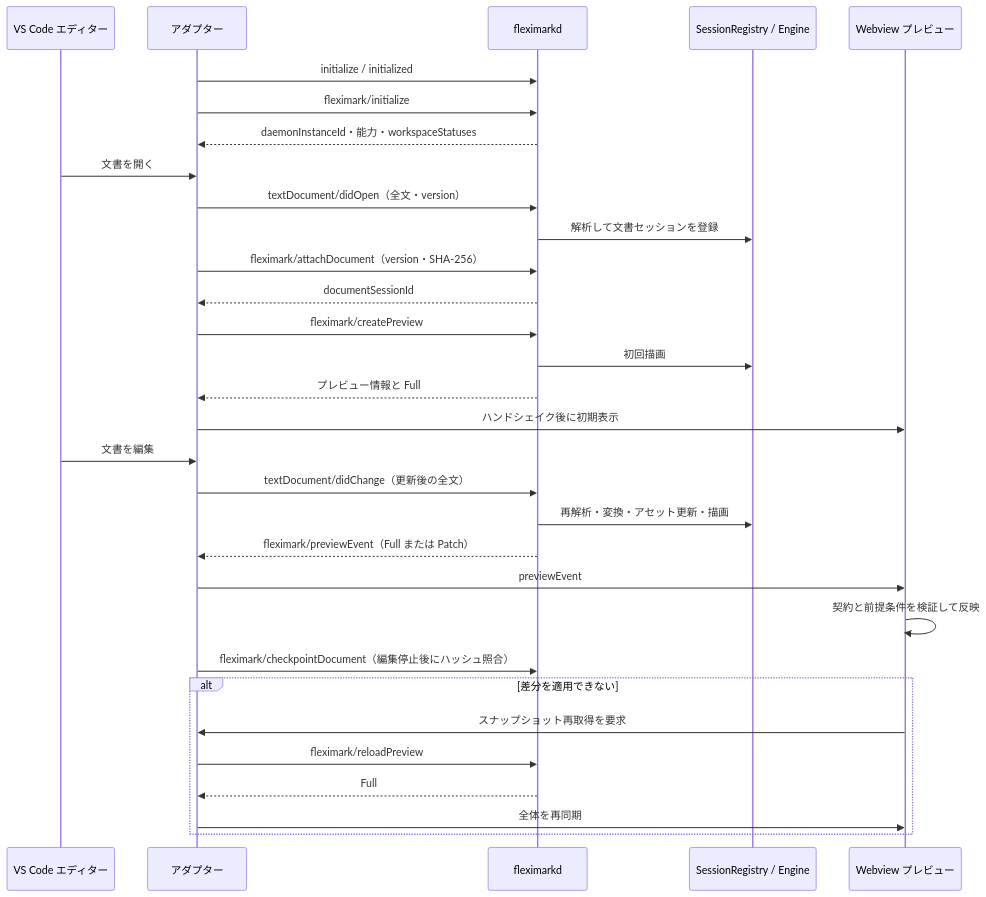
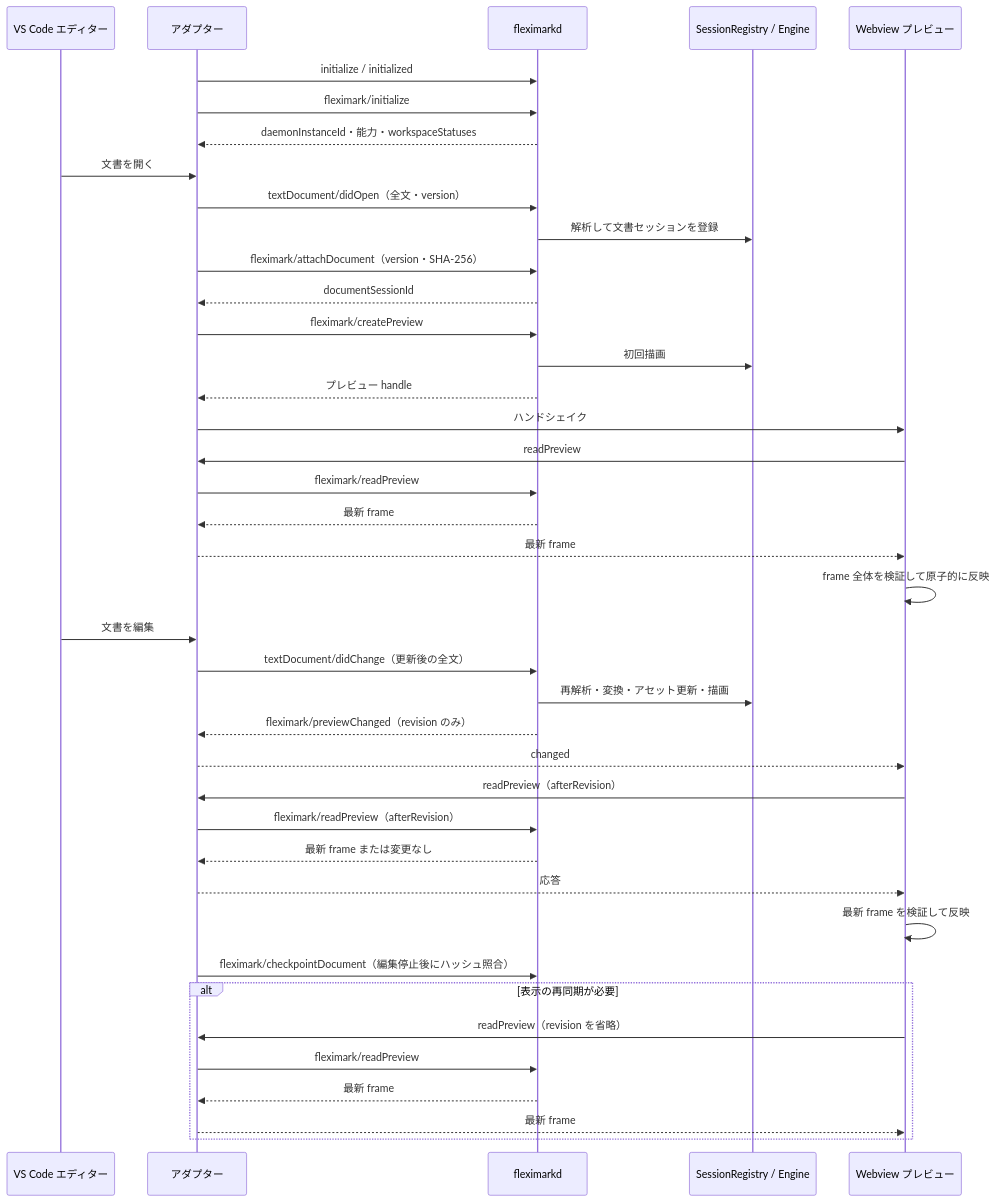
One commit to Kashiwade-music/fleximark changed the second of 4 diagrams in ARCHITECTURE.md. Above: the diagram before and after it, drawn with Mermaid. The commit also changed other lines of this file and 88 other files, not shown here.

````diff
--- a/ARCHITECTURE.md
+++ b/ARCHITECTURE.md
@@ -108,33 +108,42 @@
 ```mermaid
 sequenceDiagram
     participant E as VS Code エディター
     participant A as アダプター
     participant D as fleximarkd
     participant R as SessionRegistry / Engine
     participant P as Webview プレビュー
     A->>D: initialize / initialized
     A->>D: fleximark/initialize
     D-->>A: daemonInstanceId・能力・workspaceStatuses
     E->>A: 文書を開く
     A->>D: textDocument/didOpen（全文・version）
     D->>R: 解析して文書セッションを登録
     A->>D: fleximark/attachDocument（version・SHA-256）
     D-->>A: documentSessionId
     A->>D: fleximark/createPreview
     D->>R: 初回描画
-    D-->>A: プレビュー情報と Full
-    A->>P: ハンドシェイク後に初期表示
+    D-->>A: プレビュー handle
+    A->>P: ハンドシェイク
+    P->>A: readPreview
+    A->>D: fleximark/readPreview
+    D-->>A: 最新 frame
+    A-->>P: 最新 frame
+    P->>P: frame 全体を検証して原子的に反映
     E->>A: 文書を編集
     A->>D: textDocument/didChange（更新後の全文）
     D->>R: 再解析・変換・アセット更新・描画
-    D-->>A: fleximark/previewEvent（Full または Patch）
-    A->>P: previewEvent
-    P->>P: 契約と前提条件を検証して反映
+    D-->>A: fleximark/previewChanged（revision のみ）
+    A-->>P: changed
+    P->>A: readPreview（afterRevision）
+    A->>D: fleximark/readPreview（afterRevision）
+    D-->>A: 最新 frame または変更なし
+    A-->>P: 応答
+    P->>P: 最新 frame を検証して反映
     A->>D: fleximark/checkpointDocument（編集停止後にハッシュ照合）
-    alt 差分を適用できない
-        P->>A: スナップショット再取得を要求
-        A->>D: fleximark/reloadPreview
-        D-->>A: Full
-        A->>P: 全体を再同期
+    alt 表示の再同期が必要
+        P->>A: readPreview（revision を省略）
+        A->>D: fleximark/readPreview
+        D-->>A: 最新 frame
+        A-->>P: 最新 frame
     end
 ```
````
